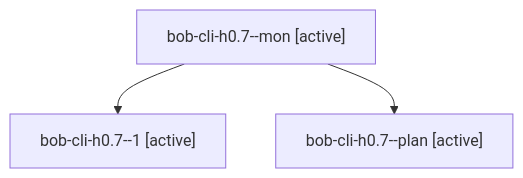
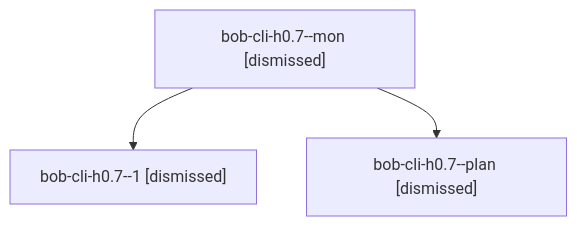
Before and after one commit to bobs-org/bob-cli--agents: the diagram in sessions/bbugyi200.apollo.bob-cli-h0.7.md, drawn with Mermaid. The commit also changed other lines of this file and 222 other files, not shown here.

````diff
--- a/sessions/bbugyi200.apollo.bob-cli-h0.7.md
+++ b/sessions/bbugyi200.apollo.bob-cli-h0.7.md
@@ -9,8 +9,8 @@
 ```mermaid
 flowchart TD
-  n0["bob-cli-h0.7--mon [active]"]
-  n1["bob-cli-h0.7--1 [active]"]
+  n0["bob-cli-h0.7--mon [dismissed]"]
+  n1["bob-cli-h0.7--1 [dismissed]"]
   n0 --> n1
-  n2["bob-cli-h0.7--plan [active]"]
+  n2["bob-cli-h0.7--plan [dismissed]"]
   n0 --> n2
 ```
````
